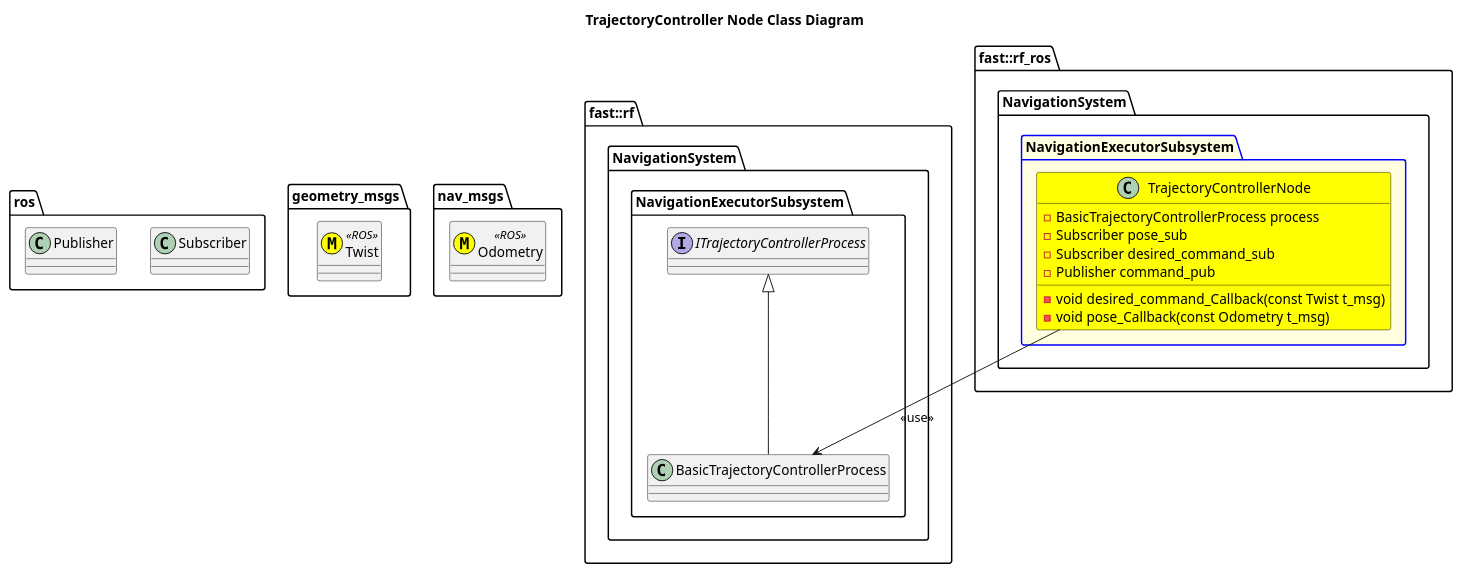
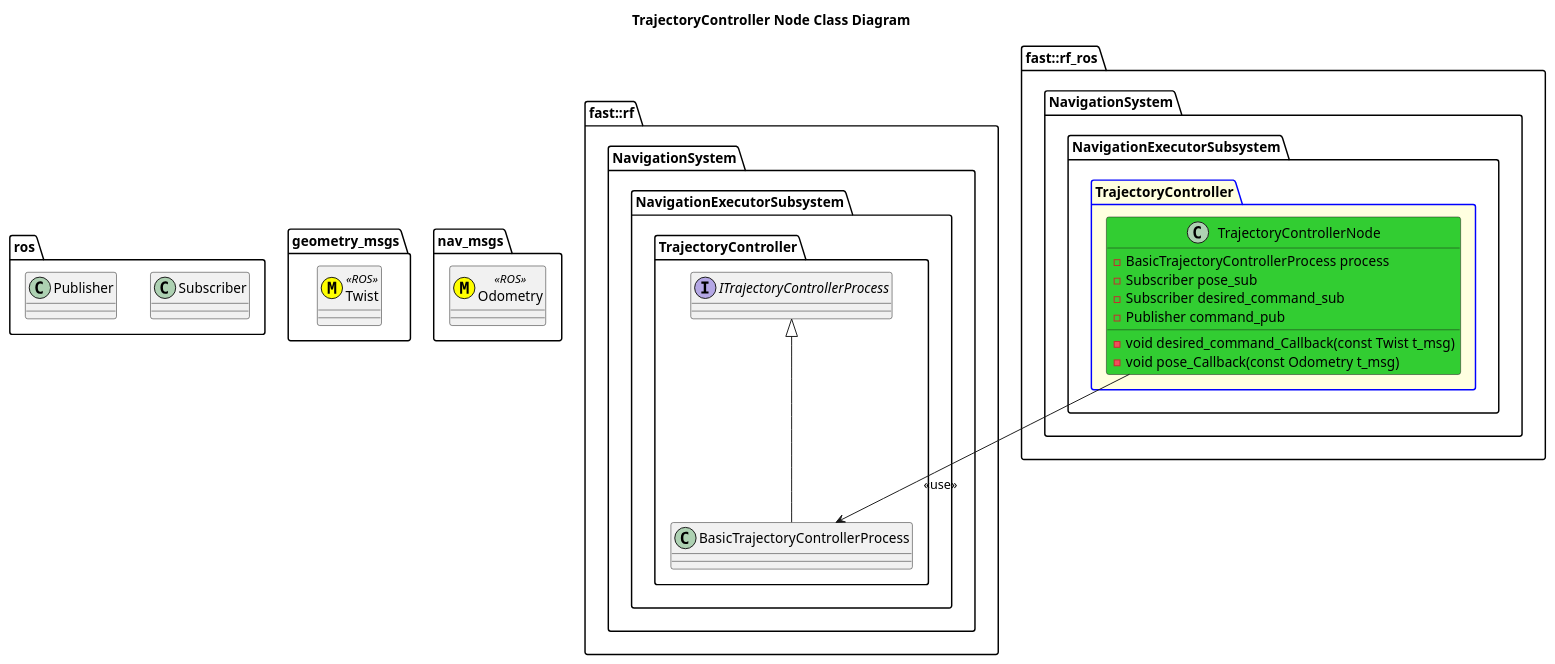
Before and after one commit to fastrobotics/robot_framework_ros: the diagram in Systems/Navigation/Subsystems/NavigationExecutor/Nodes/TrajectoryController/doc/puml/TrajectoryControllerNodeClassDiagram.puml, drawn with PlantUML. The commit also changed 56 other files, not shown here.

```diff
--- a/Systems/Navigation/Subsystems/NavigationExecutor/Nodes/TrajectoryController/doc/puml/TrajectoryControllerNodeClassDiagram.puml
+++ b/Systems/Navigation/Subsystems/NavigationExecutor/Nodes/TrajectoryController/doc/puml/TrajectoryControllerNodeClassDiagram.puml
@@ -1,38 +1,42 @@
 @startuml
 title TrajectoryController Node Class Diagram
 
 namespace ros {
     class Subscriber
     class Publisher
 }
 namespace geometry_msgs {
     class Twist <<(M,#FFFF00)>> <<ROS>>
 }
 namespace nav_msgs {
     class Odometry <<(M,#FFFF00)>> <<ROS>>
 }
 namespace fast::rf {
     namespace NavigationSystem {
         namespace NavigationExecutorSubsystem {
-            interface ITrajectoryControllerProcess
-            class BasicTrajectoryControllerProcess
-            BasicTrajectoryControllerProcess -up-|> ITrajectoryControllerProcess
+            namespace TrajectoryController {
+                interface ITrajectoryControllerProcess
+                class BasicTrajectoryControllerProcess
+                BasicTrajectoryControllerProcess -up-|> ITrajectoryControllerProcess
+            }
         }
     }
 }
 namespace fast::rf_ros {
    namespace NavigationSystem {
-        package NavigationExecutorSubsystem #LightYellow;line:blue {
-            class TrajectoryControllerNode #Yellow {
-                -BasicTrajectoryControllerProcess process
-                -void desired_command_Callback(const Twist t_msg)
-                -void pose_Callback(const Odometry t_msg)
-                -Subscriber pose_sub
-                -Subscriber desired_command_sub
-                -Publisher command_pub
+        namespace NavigationExecutorSubsystem {
+            package TrajectoryController #LightYellow;line:blue {
+                class TrajectoryControllerNode #LimeGreen {
+                    -BasicTrajectoryControllerProcess process
+                    -void desired_command_Callback(const Twist t_msg)
+                    -void pose_Callback(const Odometry t_msg)
+                    -Subscriber pose_sub
+                    -Subscriber desired_command_sub
+                    -Publisher command_pub
+                }
+                TrajectoryControllerNode --> BasicTrajectoryControllerProcess: <<use>>
             }
-            TrajectoryControllerNode --> BasicTrajectoryControllerProcess: <<use>>
         }
     }
 }
 @enduml
```
